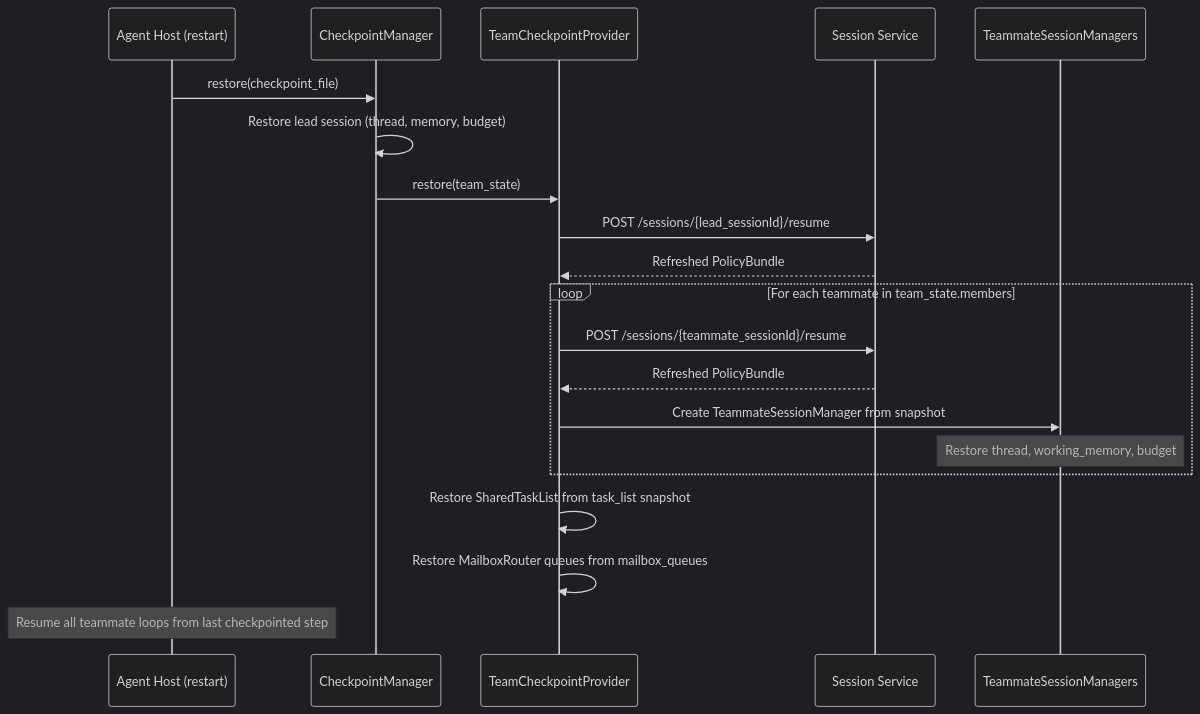
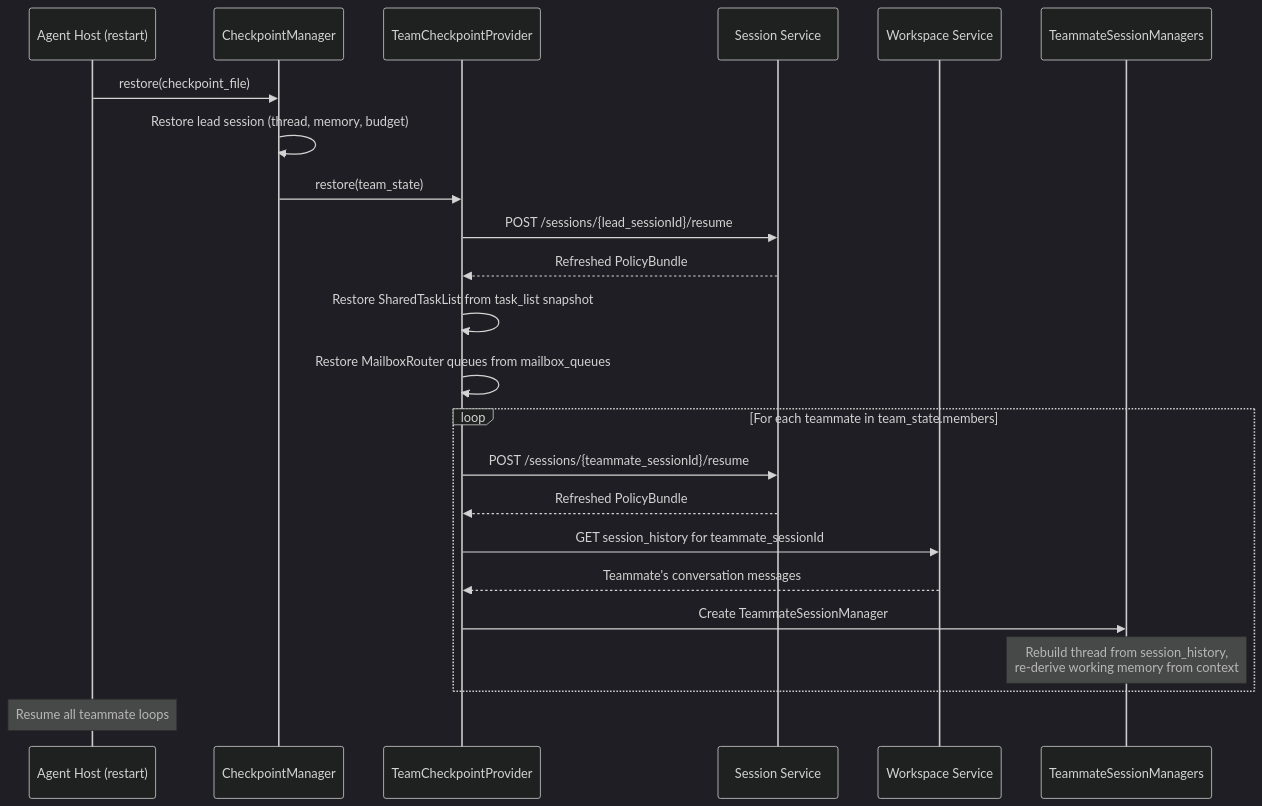
The ninth of 14 diagrams in docs/components/agent-teams.md (suman724/cowork-infra), drawn with Mermaid (dark theme) before and after one commit. The commit also changed other lines of this file, not shown here.

````diff
--- a/docs/components/agent-teams.md
+++ b/docs/components/agent-teams.md
@@ -1026,27 +1030,30 @@
 ```mermaid
 sequenceDiagram
     participant AH as Agent Host (restart)
     participant CP as CheckpointManager
     participant TCP as TeamCheckpointProvider
     participant SS as Session Service
+    participant WS as Workspace Service
     participant TS as TeammateSessionManagers
 
     AH->>CP: restore(checkpoint_file)
     CP->>CP: Restore lead session (thread, memory, budget)
     CP->>TCP: restore(team_state)
 
     TCP->>SS: POST /sessions/{lead_sessionId}/resume
     SS-->>TCP: Refreshed PolicyBundle
 
+    TCP->>TCP: Restore SharedTaskList from task_list snapshot
+    TCP->>TCP: Restore MailboxRouter queues from mailbox_queues
+
     loop For each teammate in team_state.members
         TCP->>SS: POST /sessions/{teammate_sessionId}/resume
         SS-->>TCP: Refreshed PolicyBundle
-        TCP->>TS: Create TeammateSessionManager from snapshot
-        Note over TS: Restore thread, working_memory, budget
+        TCP->>WS: GET session_history for teammate_sessionId
+        WS-->>TCP: Teammate's conversation messages
+        TCP->>TS: Create TeammateSessionManager
+        Note over TS: Rebuild thread from session_history,<br/>re-derive working memory from context
     end
 
-    TCP->>TCP: Restore SharedTaskList from task_list snapshot
-    TCP->>TCP: Restore MailboxRouter queues from mailbox_queues
-
-    Note over AH: Resume all teammate loops from last checkpointed step
+    Note over AH: Resume all teammate loops
 ```
````
